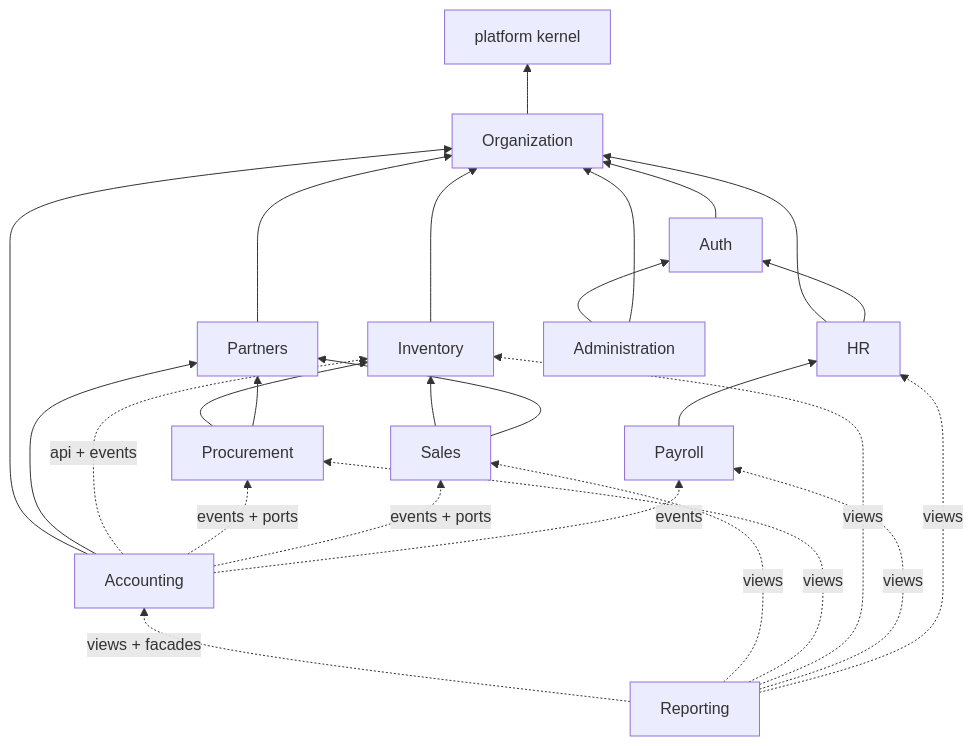
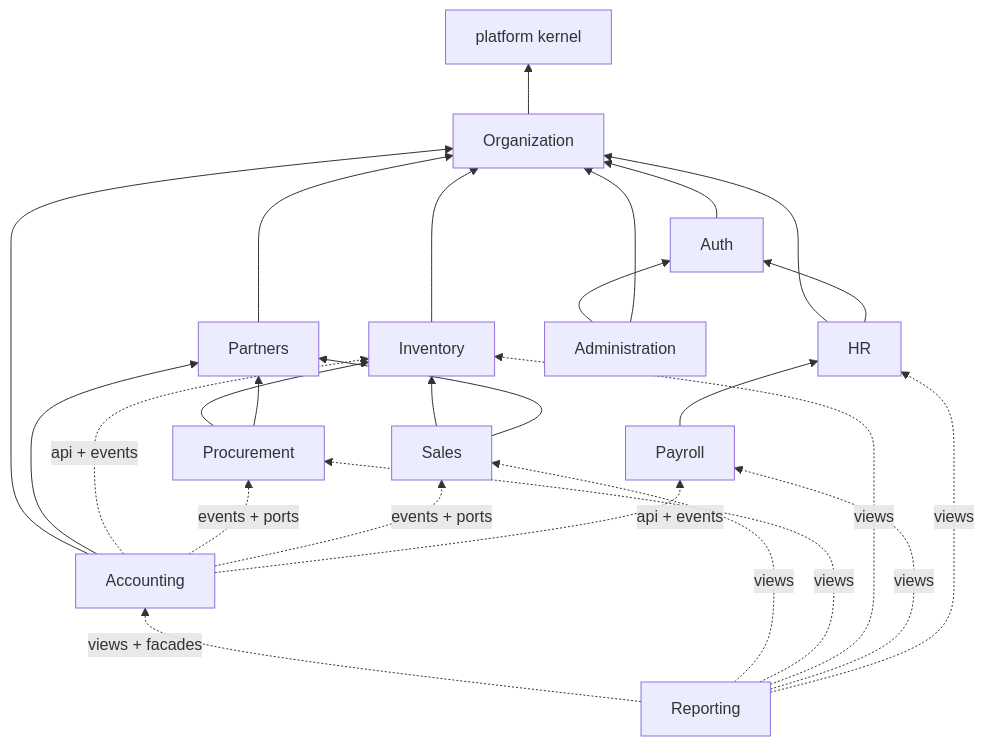
Before and after one commit to Khalid-Syfullah/erp-system: the second of 3 diagrams in docs/ARCHITECTURE.md, drawn with Mermaid. The commit also changed other lines of this file and 148 other files, not shown here.

````diff
--- a/docs/ARCHITECTURE.md
+++ b/docs/ARCHITECTURE.md
@@ -252,41 +252,41 @@
 ```mermaid
 flowchart BT
   platform[platform kernel]
   org[Organization]
   auth[Auth]
   partners[Partners]
   inventory[Inventory]
   hr[HR]
   procurement[Procurement]
   sales[Sales]
   payroll[Payroll]
   accounting[Accounting]
   reporting[Reporting]
   admin[Administration]
 
   org --> platform
   auth --> org
   partners --> org
   inventory --> org
   hr --> org
   hr --> auth
   procurement --> inventory
   procurement --> partners
   sales --> inventory
   sales --> partners
   payroll --> hr
   accounting --> org
   accounting --> partners
   accounting -. api + events .-> inventory
   accounting -. events + ports .-> procurement
   accounting -. events + ports .-> sales
-  accounting -. events .-> payroll
+  accounting -. api + events .-> payroll
   reporting -. views + facades .-> accounting
   reporting -. views .-> sales
   reporting -. views .-> procurement
   reporting -. views .-> inventory
   reporting -. views .-> payroll
   reporting -. views .-> hr
   admin --> auth
   admin --> org
 ```
````
